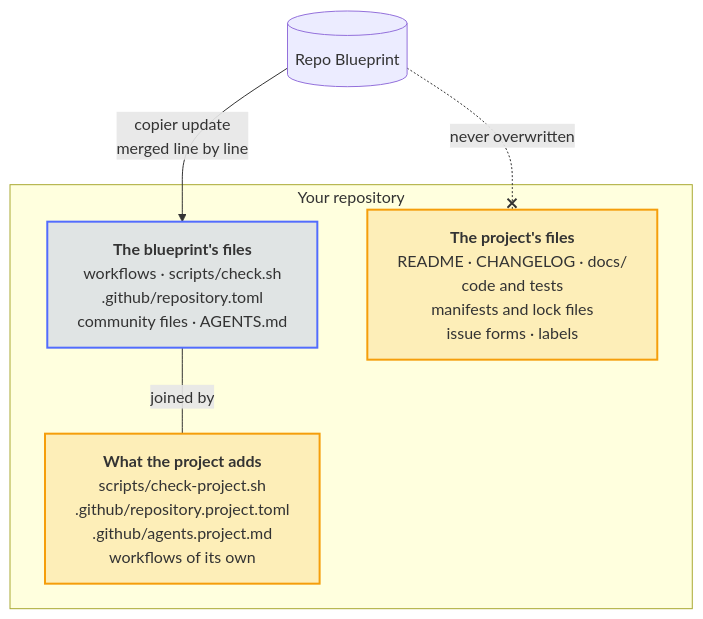
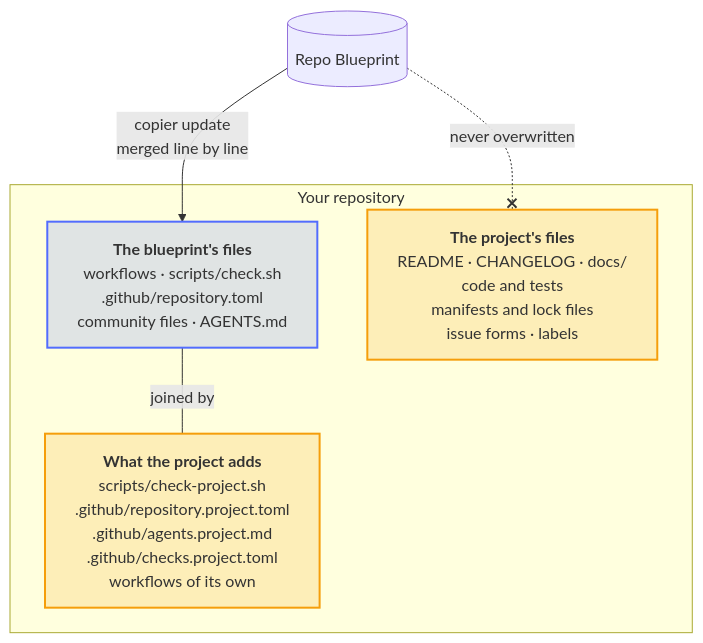
One commit to Dennis-Otto/repo-blueprint changed the diagram in docs/diagrams/what-belongs-to-the-blueprint-and-what-to-the-project.mmd. Above: the diagram before and after it, drawn with Mermaid. The commit also changed 59 other files, not shown here.

First line of the commit message:
feat: a PR coach that explains every failed check in its summary and in one comment, also on pull requests from forks (#189)

```diff
--- a/docs/diagrams/what-belongs-to-the-blueprint-and-what-to-the-project.mmd
+++ b/docs/diagrams/what-belongs-to-the-blueprint-and-what-to-the-project.mmd
@@ -1,25 +1,25 @@
 ---
 config:
   flowchart:
     wrappingWidth: 400
 ---
 flowchart TB
     accTitle: What belongs to the blueprint and what to the project
     accDescr: copier update brings the changes of the blueprint's files, merged line by line with the changes of the repository, and never overwrites the files of the project. A project adds checks, settings, notes for coding agents and workflows of its own beside those of the blueprint.
 
     blueprint[("Repo Blueprint")]
 
     subgraph repo ["Your repository"]
         theirs["`**The blueprint's files**<br>workflows · scripts/check.sh<br>.github/repository.toml<br>community files · AGENTS.md`"]
         mine["`**The project's files**<br>README · CHANGELOG · docs/<br>code and tests<br>manifests and lock files<br>issue forms · labels`"]
-        adds["`**What the project adds**<br>scripts/check-project.sh<br>.github/repository.project.toml<br>.github/agents.project.md<br>workflows of its own`"]
+        adds["`**What the project adds**<br>scripts/check-project.sh<br>.github/repository.project.toml<br>.github/agents.project.md<br>.github/checks.project.toml<br>workflows of its own`"]
     end
 
     blueprint -- "copier update<br>merged line by line" --> theirs
     blueprint -. "never overwritten" .-x mine
     theirs -- "joined by" --- adds
 
     classDef bot fill:#526cfe2e,stroke:#526cfe,stroke-width:2px
     classDef person fill:#f59e0b2e,stroke:#f59e0b,stroke-width:2px
     class theirs bot
     class mine,adds person
```
